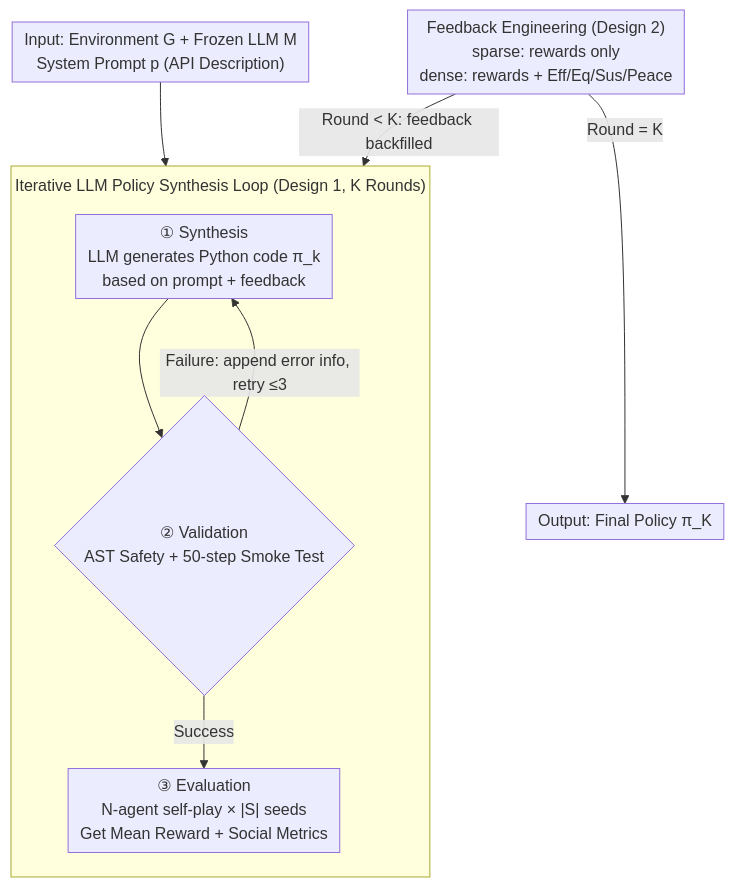
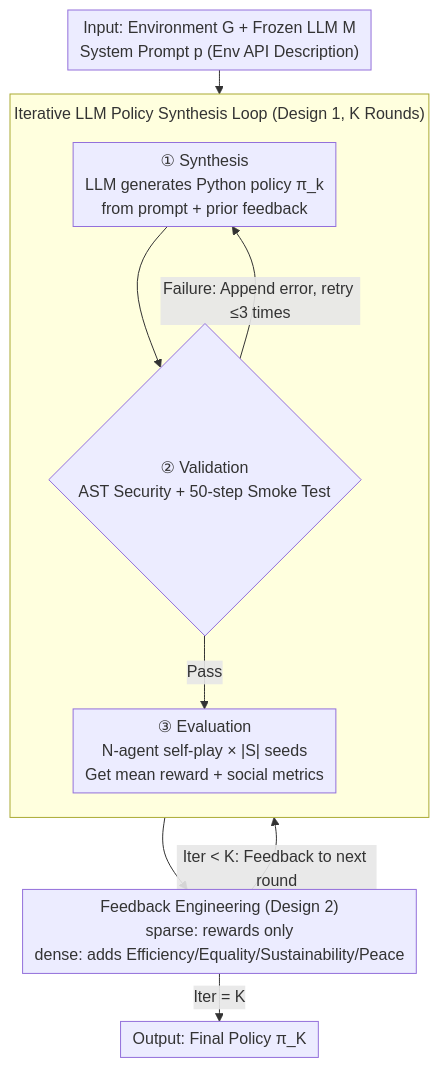
The diagram in docs/ICML2026/reinforcement_learning/beyond_scalar_rewards_dense_feedback_for_llm_policy_synthesis_in_sequential_soci.md (zhaoyang97/Paper-Notes-en), drawn with Mermaid before and after one commit. The commit also changed other lines of this file and 5084 other files, not shown here.

````diff
--- a/docs/ICML2026/reinforcement_learning/beyond_scalar_rewards_dense_feedback_for_llm_policy_synthesis_in_sequential_soci.md
+++ b/docs/ICML2026/reinforcement_learning/beyond_scalar_rewards_dense_feedback_for_llm_policy_synthesis_in_sequential_soci.md
@@ -45,14 +45,14 @@
 ```mermaid
 %%{init: {'flowchart': {'rankSpacing': 24, 'nodeSpacing': 28, 'padding': 6, 'wrappingWidth': 400, 'subGraphTitleMargin': {'top': 8, 'bottom': 16}}}}%%
 flowchart TD
-    A["Input: Environment G + Frozen LLM M<br/>System Prompt p (API Description)"] --> B
+    A["Input: Environment G + Frozen LLM M<br/>System Prompt p (Env API Description)"] --> B
     subgraph LOOP["Iterative LLM Policy Synthesis Loop (Design 1, K Rounds)"]
         direction TB
-        B["① Synthesis<br/>LLM generates Python code π_k<br/>based on prompt + feedback"] --> C{"② Validation<br/>AST Safety + 50-step Smoke Test"}
-        C -->|Failure: append error info, retry ≤3| B
-        C -->|Success| D["③ Evaluation<br/>N-agent self-play × |S| seeds<br/>Get Mean Reward + Social Metrics"]
+        B["① Synthesis<br/>LLM generates Python policy π_k<br/>from prompt + prior feedback"] --> C{"② Validation<br/>AST Security + 50-step Smoke Test"}
+        C -->|Failure: Append error, retry ≤3 times| B
+        C -->|Pass| D["③ Evaluation<br/>N-agent self-play × |S| seeds<br/>Get mean reward + social metrics"]
     end
-    E["Feedback Engineering (Design 2)<br/>sparse: rewards only<br/>dense: rewards + Eff/Eq/Sus/Peace"]
-    E -->|Round < K: feedback backfilled| B
-    E -->|Round = K| F["Output: Final Policy π_K"]
+    D --> E["Feedback Engineering (Design 2)<br/>sparse: rewards only<br/>dense: adds Efficiency/Equality/Sustainability/Peace"]
+    E -->|Iter < K: Feedback to next round| B
+    E -->|Iter = K| F["Output: Final Policy π_K"]
 ```
````
